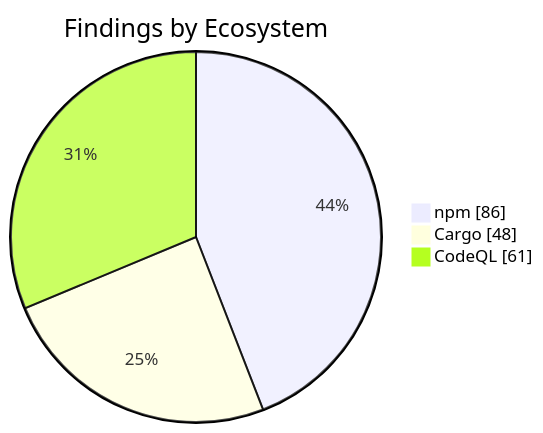
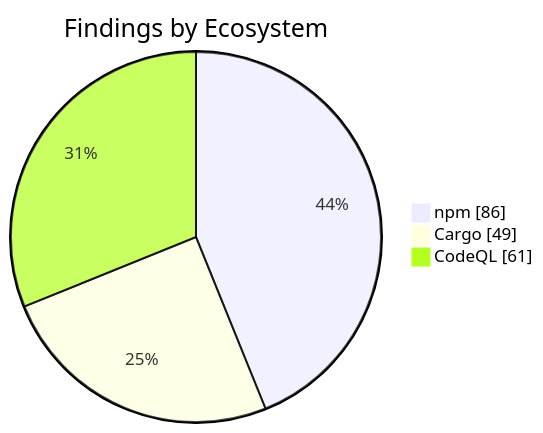
The second of 2 diagrams in apps/kbve/astro-kbve/src/content/docs/dashboard/security.mdx (KBVE/kbve), drawn with Mermaid before and after one commit. The commit also changed other lines of this file and 7 other files, not shown here.

````diff
--- a/apps/kbve/astro-kbve/src/content/docs/dashboard/security.mdx
+++ b/apps/kbve/astro-kbve/src/content/docs/dashboard/security.mdx
@@ -73,7 +73,7 @@
 ```mermaid
 pie showData
     title Findings by Ecosystem
     "npm" : 86
-    "Cargo" : 48
+    "Cargo" : 49
     "CodeQL" : 61
 ```
````
